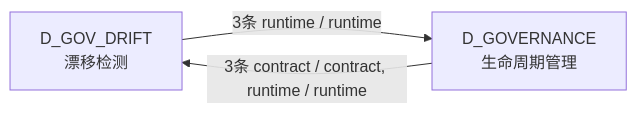
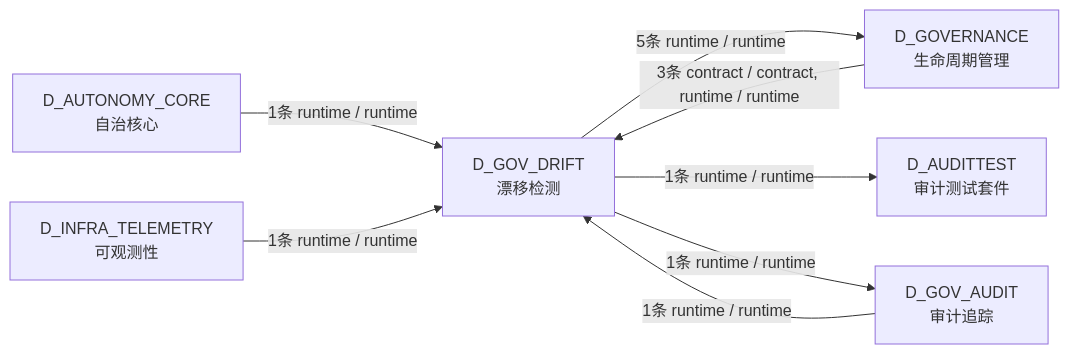
One commit to xuanFelixVan/ZephyrAlpha changed the third of 3 diagrams in docs/02_enterprise_architecture/02_domain_architecture_docs/34_d_gov_drift.md. Above: the diagram before and after it, drawn with Mermaid. The commit also changed other lines of this file and 100 other files, not shown here.

````diff
--- a/docs/02_enterprise_architecture/02_domain_architecture_docs/34_d_gov_drift.md
+++ b/docs/02_enterprise_architecture/02_domain_architecture_docs/34_d_gov_drift.md
@@ -142,7 +173,16 @@
 ```mermaid
 graph LR
     D_GOV_DRIFT["D_GOV_DRIFT<br/>漂移检测"]
     D_GOVERNANCE["D_GOVERNANCE<br/>生命周期管理"]
-    D_GOV_DRIFT -->|3条 runtime / runtime| D_GOVERNANCE
+    D_AUDITTEST["D_AUDITTEST<br/>审计测试套件"]
+    D_GOV_AUDIT["D_GOV_AUDIT<br/>审计追踪"]
+    D_AUTONOMY_CORE["D_AUTONOMY_CORE<br/>自治核心"]
+    D_INFRA_TELEMETRY["D_INFRA_TELEMETRY<br/>可观测性"]
+    D_GOV_DRIFT -->|5条 runtime / runtime| D_GOVERNANCE
+    D_GOV_DRIFT -->|1条 runtime / runtime| D_AUDITTEST
+    D_GOV_DRIFT -->|1条 runtime / runtime| D_GOV_AUDIT
     D_GOVERNANCE -->|3条 contract / contract, runtime / runtime| D_GOV_DRIFT
+    D_AUTONOMY_CORE -->|1条 runtime / runtime| D_GOV_DRIFT
+    D_GOV_AUDIT -->|1条 runtime / runtime| D_GOV_DRIFT
+    D_INFRA_TELEMETRY -->|1条 runtime / runtime| D_GOV_DRIFT
 ```
````
